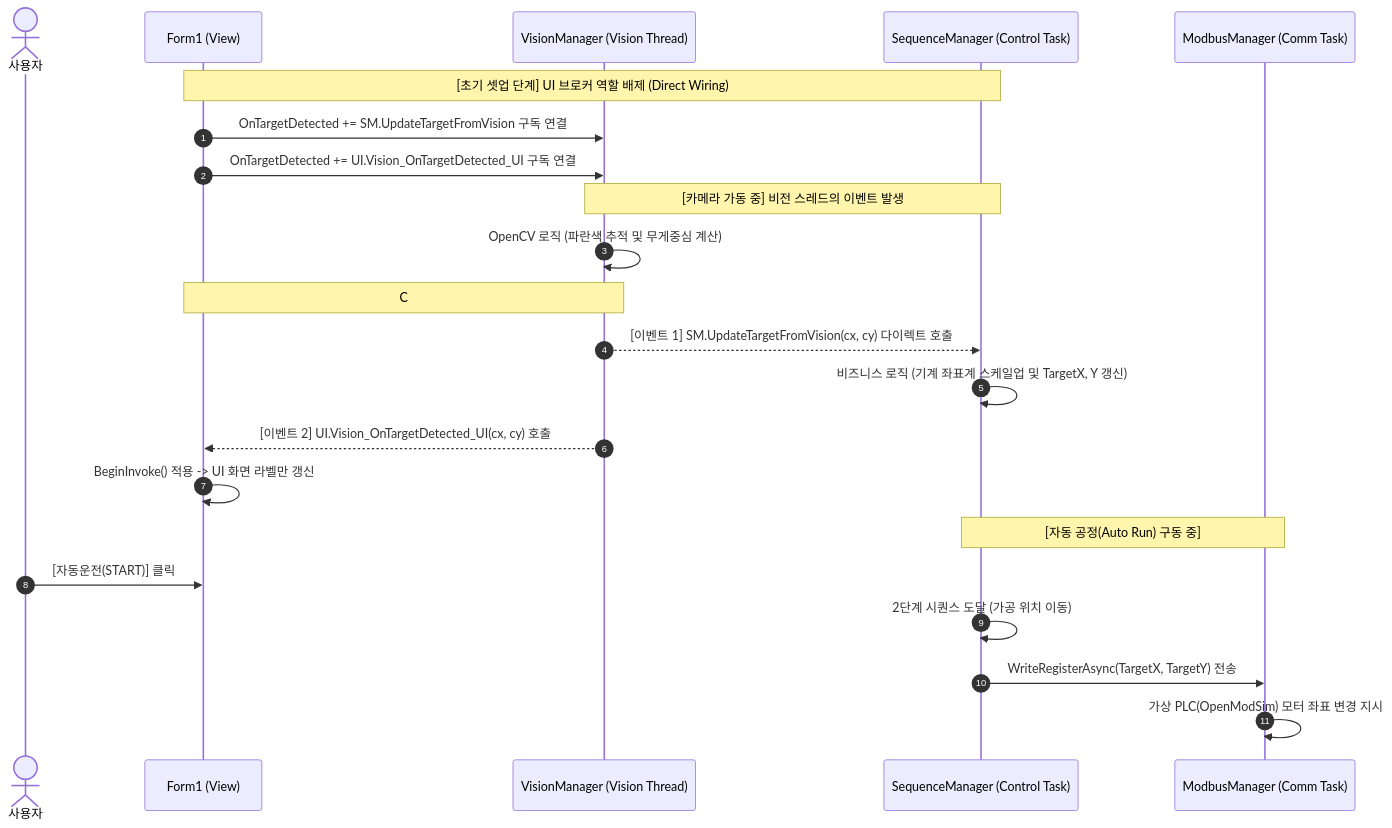
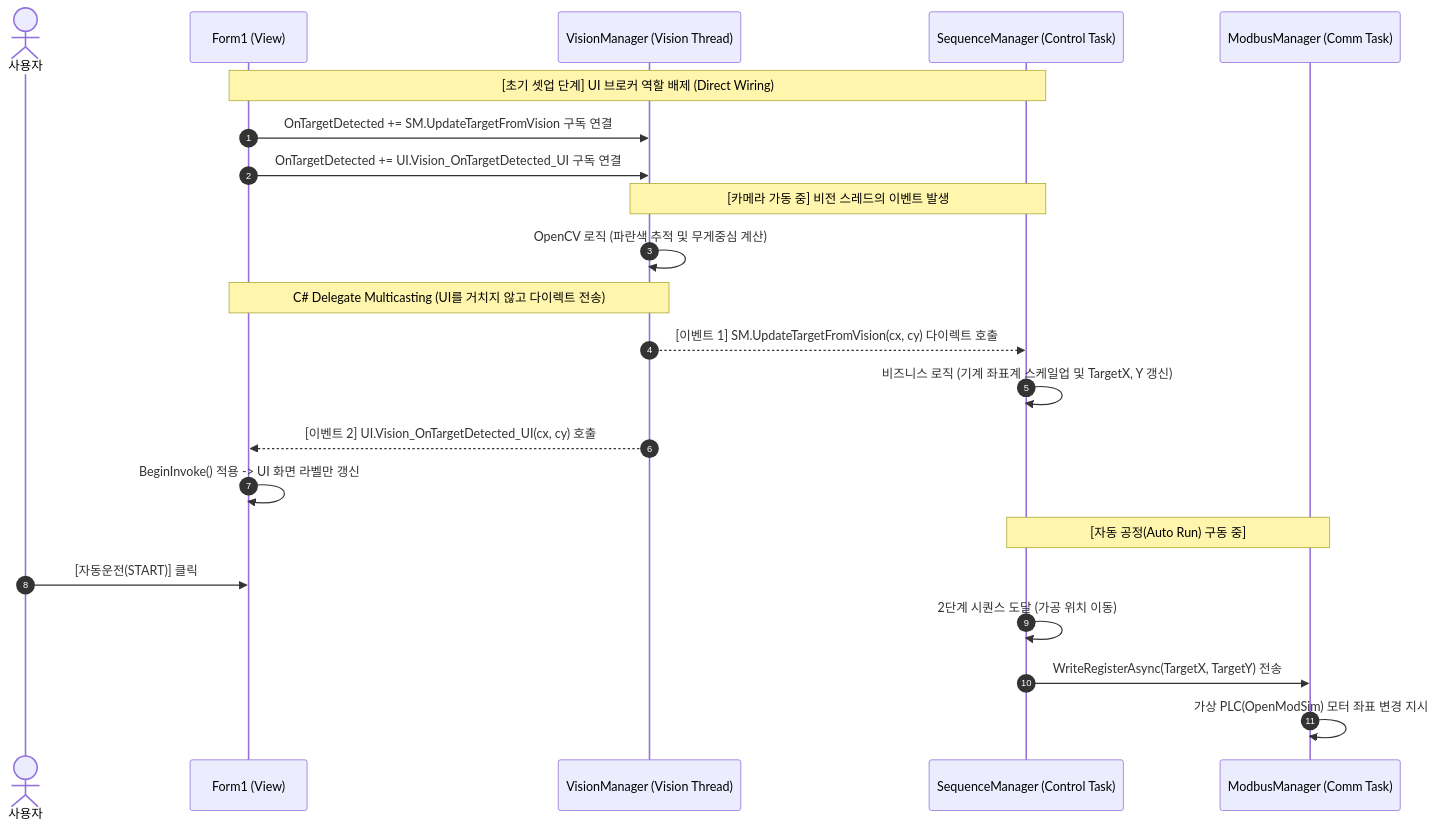
The diagram in README.md (KimYoungHun0/Virtual3AxisController), drawn with Mermaid before and after one commit.

Commit message:
Fix typo in C# Delegate Multicasting note

````diff
--- a/README.md
+++ b/README.md
@@ -30,33 +30,33 @@
 ```mermaid
 sequenceDiagram
     autonumber
     actor User as 사용자
     participant UI as Form1 (View)
     participant VM as VisionManager (Vision Thread)
     participant SM as SequenceManager (Control Task)
     participant MM as ModbusManager (Comm Task)
 
     %% 1. 초기 셋업 (의존성 조립)
     Note over UI,SM: [초기 셋업 단계] UI 브로커 역할 배제 (Direct Wiring)
     UI->>VM: OnTargetDetected += SM.UpdateTargetFromVision 구독 연결
     UI->>VM: OnTargetDetected += UI.Vision_OnTargetDetected_UI 구독 연결
 
     %% 2. 런타임 비전 검사 및 멀티캐스팅
     Note over VM,SM: [카메라 가동 중] 비전 스레드의 이벤트 발생
     VM->>VM: OpenCV 로직 (파란색 추적 및 무게중심 계산)
 
-    Note over VM,UI: C# Delegate Multicasting (UI를 거치지 않고 다이렉트 전송)
+    Note over VM,UI: C#35; Delegate Multicasting (UI를 거치지 않고 다이렉트 전송)
     VM-->>SM: [이벤트 1] SM.UpdateTargetFromVision(cx, cy) 다이렉트 호출
     SM->>SM: 비즈니스 로직 (기계 좌표계 스케일업 및 TargetX, Y 갱신)
     
     VM-->>UI: [이벤트 2] UI.Vision_OnTargetDetected_UI(cx, cy) 호출
     UI->>UI: BeginInvoke() 적용 -> UI 화면 라벨만 갱신
 
     %% 3. 제어 시퀀스 반영
     Note over SM,MM: [자동 공정(Auto Run) 구동 중]
     User->>UI: [자동운전(START)] 클릭
     SM->>SM: 2단계 시퀀스 도달 (가공 위치 이동)
     SM->>MM: WriteRegisterAsync(TargetX, TargetY) 전송
     MM->>MM: 가상 PLC(OpenModSim) 모터 좌표 변경 지시
 
 ```
````
